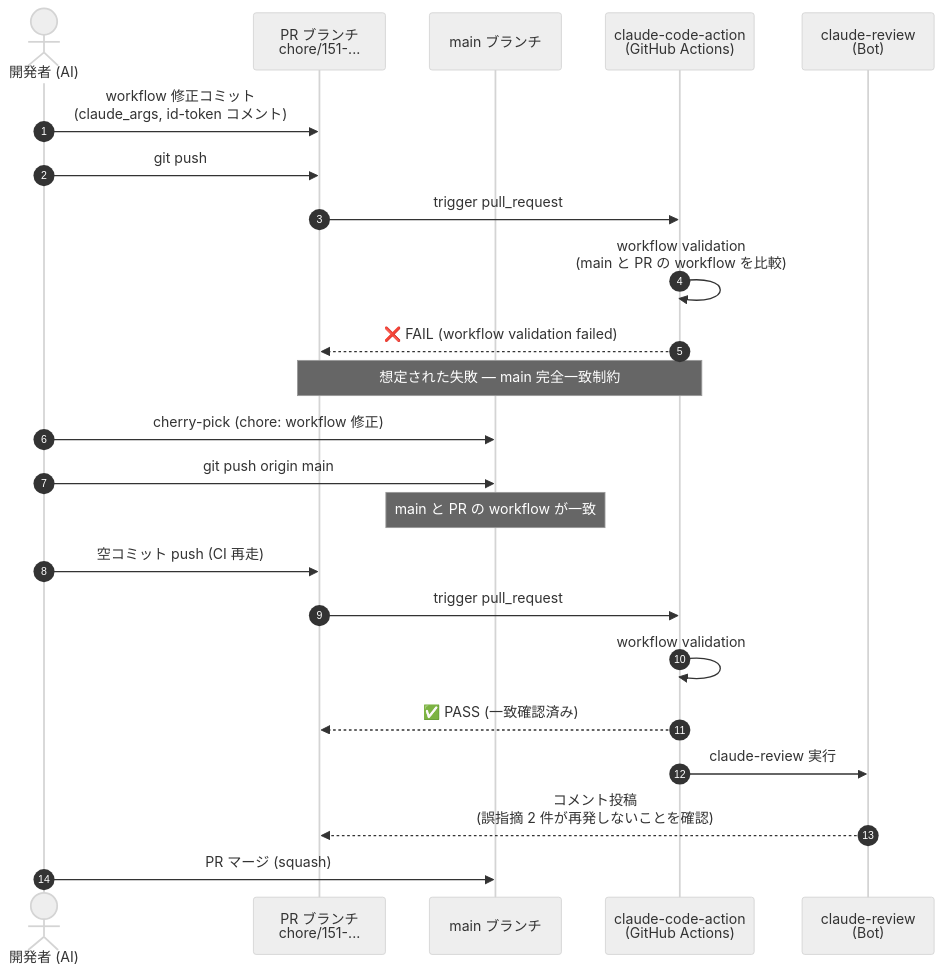
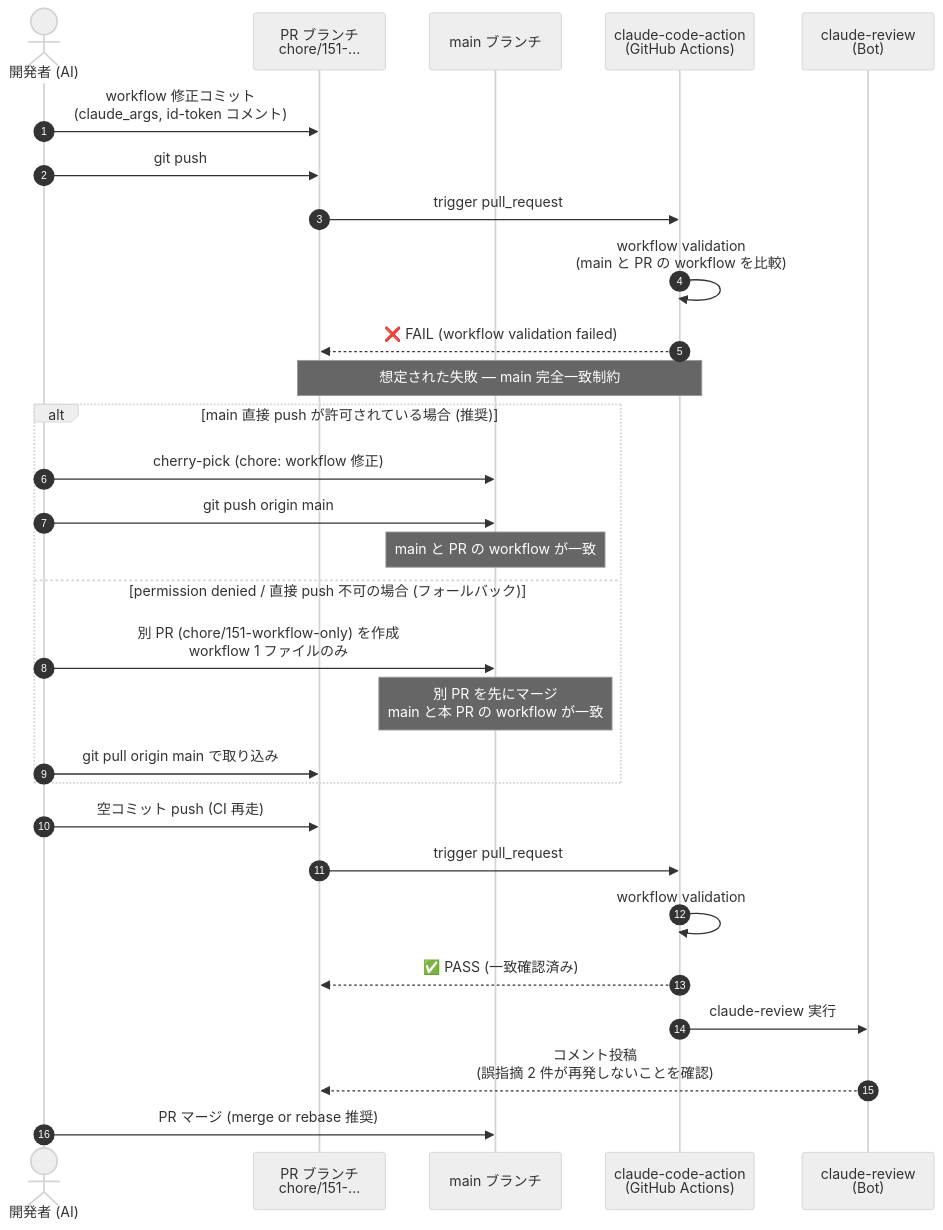
Before and after one commit to sode0417/factrail: the diagram in docs/issues/151-claude-review-yaml-safety/sequence.md, drawn with Mermaid (neutral theme). The commit also changed other lines of this file and 1 other file, not shown here.

Commit message:
docs(151): Phase 1 設計レビュー FB を反映
claude-review (Bot) の改善提案 4 件すべて取り込み (誤検知なし、全て正当):

sequence.md:
- main 直接 push が permission denied の場合のフォールバック分岐を alt ブロックで明示
- cherry-pick + squash で履歴に二重コミットが残る問題を「マージ方式の注意」節で警告
- マージ方式は merge / rebase を推奨、squash 利用時は別 PR 戦略へ

test-plan.md:
- 自動テスト表から YAML lint を除去 (factrail CI に該当 job 無し)
- シナリオ 3 (引数末尾改行除去) の検証を「ファイル直接確認」を主、CI ログを代替に変更
- シナリオ 5 (YAML 構文確認) を任意項目として追加 (npx js-yaml)
- エビデンス表を更新

Refs: #151
PR-Review: https://github.com/sode0417/factrail/pull/152#issuecomment-...

````diff
--- a/docs/issues/151-claude-review-yaml-safety/sequence.md
+++ b/docs/issues/151-claude-review-yaml-safety/sequence.md
@@ -8,29 +8,35 @@
 ```mermaid
 sequenceDiagram
   autonumber
   actor Dev as 開発者 (AI)
   participant PRBranch as PR ブランチ<br/>chore/151-...
   participant Main as main ブランチ
   participant CI as claude-code-action<br/>(GitHub Actions)
   participant Review as claude-review<br/>(Bot)
 
   Dev->>PRBranch: workflow 修正コミット<br/>(claude_args, id-token コメント)
   Dev->>PRBranch: git push
   PRBranch->>CI: trigger pull_request
   CI->>CI: workflow validation<br/>(main と PR の workflow を比較)
   CI-->>PRBranch: ❌ FAIL (workflow validation failed)
   Note over CI,PRBranch: 想定された失敗 — main 完全一致制約
 
-  Dev->>Main: cherry-pick (chore: workflow 修正)
-  Dev->>Main: git push origin main
-  Note over Main: main と PR の workflow が一致
+  alt main 直接 push が許可されている場合 (推奨)
+    Dev->>Main: cherry-pick (chore: workflow 修正)
+    Dev->>Main: git push origin main
+    Note over Main: main と PR の workflow が一致
+  else permission denied / 直接 push 不可の場合 (フォールバック)
+    Dev->>Main: 別 PR (chore/151-workflow-only) を作成<br/>workflow 1 ファイルのみ
+    Note over Main: 別 PR を先にマージ<br/>main と本 PR の workflow が一致
+    Dev->>PRBranch: git pull origin main で取り込み
+  end
 
   Dev->>PRBranch: 空コミット push (CI 再走)
   PRBranch->>CI: trigger pull_request
   CI->>CI: workflow validation
   CI-->>PRBranch: ✅ PASS (一致確認済み)
   CI->>Review: claude-review 実行
   Review-->>PRBranch: コメント投稿<br/>(誤指摘 2 件が再発しないことを確認)
 
-  Dev->>Main: PR マージ (squash)
+  Dev->>Main: PR マージ (merge or rebase 推奨)
 ```
````
